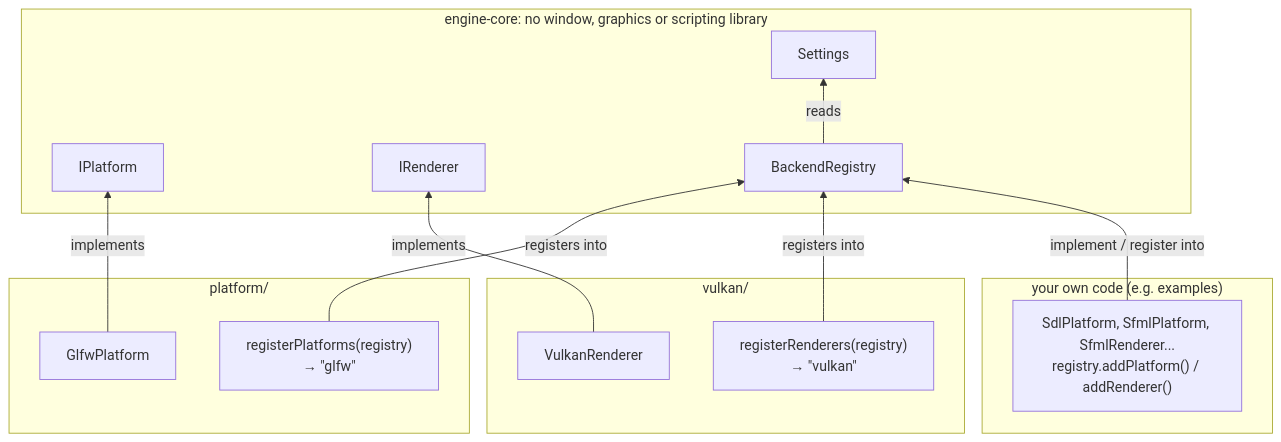
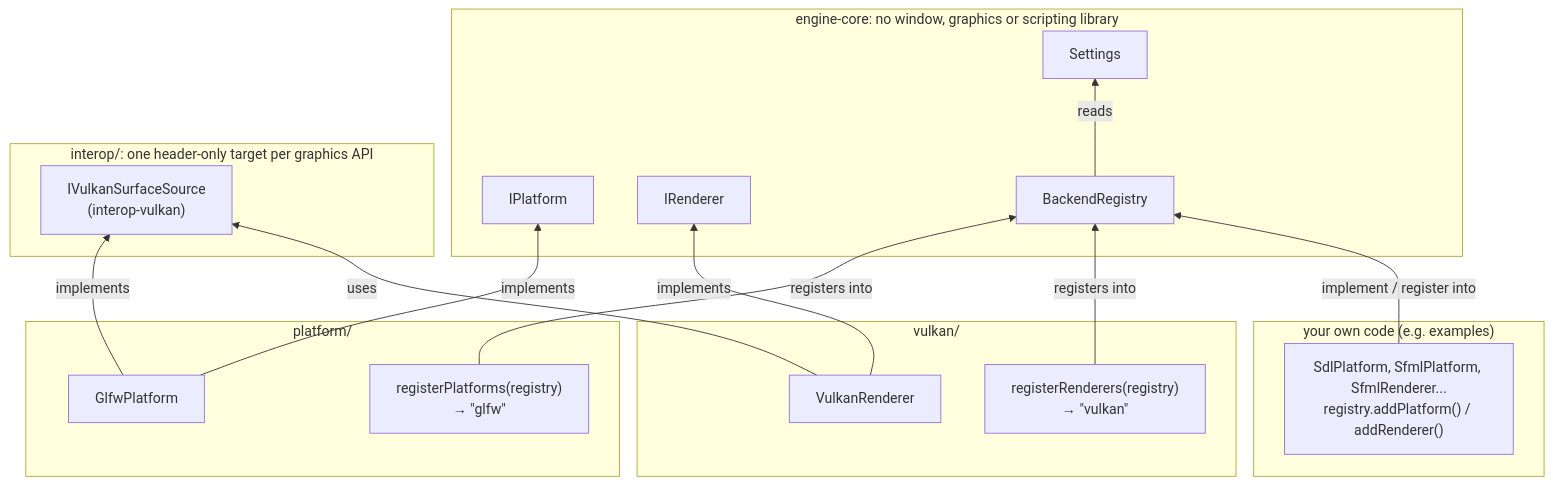
One commit to Charles-Mahoudeau/rtype changed the first of 2 diagrams in docs/Backend.md. Above: the diagram before and after it, drawn with Mermaid. The commit also changed other lines of this file and 27 other files, not shown here.

````diff
--- a/docs/Backend.md
+++ b/docs/Backend.md
@@ -19,30 +19,36 @@
 ```mermaid
 flowchart BT
     subgraph CORE["engine-core: no window, graphics or scripting library"]
         IP["IPlatform"]
         IR["IRenderer"]
         ST["Settings"]
         BR["BackendRegistry"]
+    end
+
+    subgraph INTEROP["interop/: one header-only target per graphics API"]
+        IV["IVulkanSurfaceSource<br/>(interop-vulkan)"]
     end
 
     subgraph PLATFORM["platform/"]
         GP["GlfwPlatform"]
         RP["registerPlatforms(registry)<br/>→ &quot;glfw&quot;"]
     end
 
     subgraph VULKAN["vulkan/"]
         VR["VulkanRenderer"]
         RR["registerRenderers(registry)<br/>→ &quot;vulkan&quot;"]
     end
 
     subgraph OWN["your own code (e.g. examples)"]
         OB["SdlPlatform, SfmlPlatform, SfmlRenderer...<br/>registry.addPlatform() / addRenderer()"]
     end
 
     GP -- implements --> IP
+    GP -- implements --> IV
     VR -- implements --> IR
+    VR -- uses --> IV
     RP -- registers into --> BR
     RR -- registers into --> BR
     OB -- implement / register into --> BR
     BR -- reads --> ST
 ```
````
